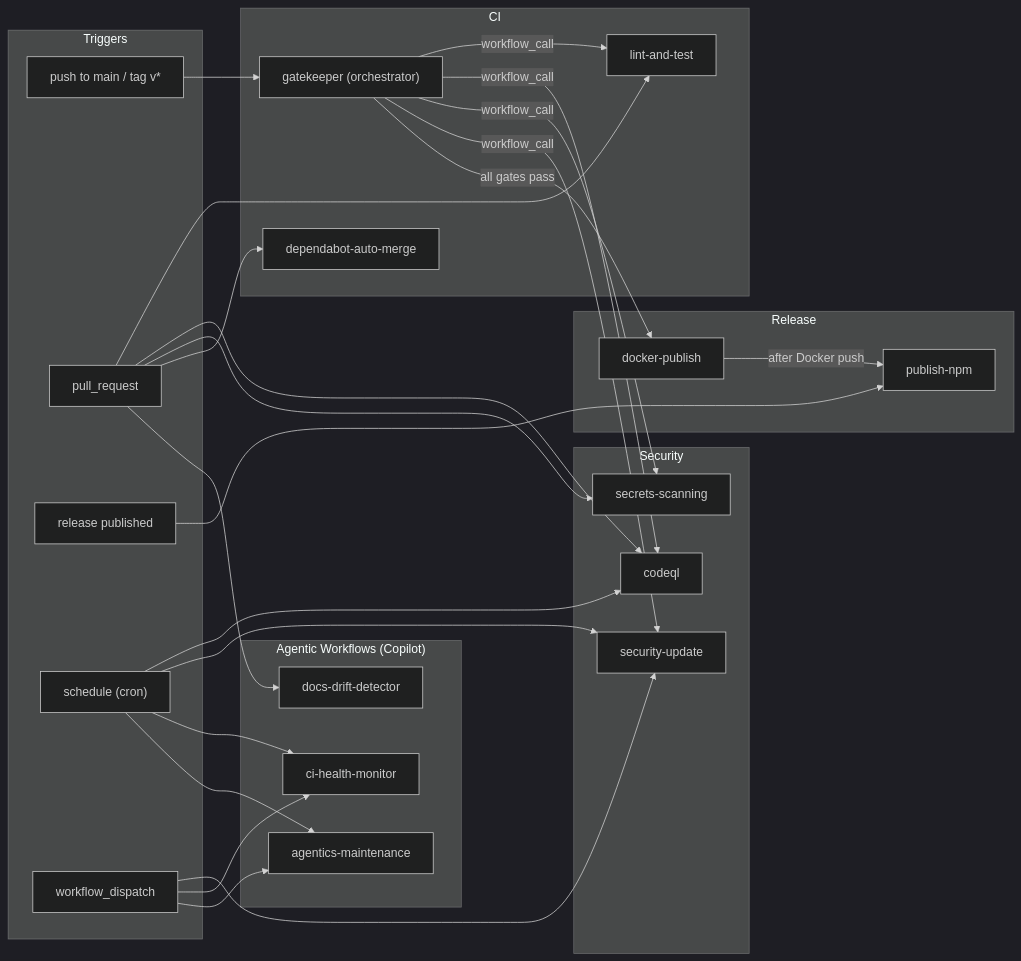
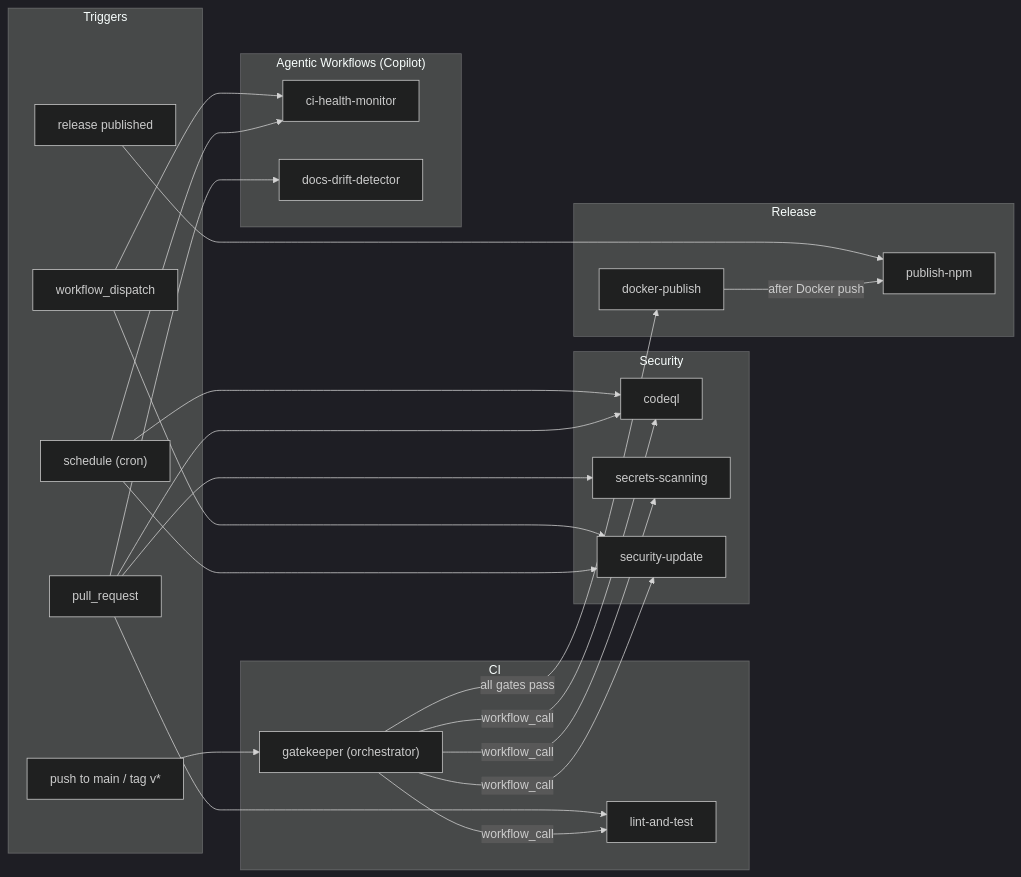
Before and after one commit to neverinfamous/memory-journal-mcp: the diagram in .github/workflows/README.md, drawn with Mermaid (dark theme). The commit also changed other lines of this file and 1475 other files, not shown here.

````diff
--- a/.github/workflows/README.md
+++ b/.github/workflows/README.md
@@ -7,58 +7,53 @@
 ```mermaid
 flowchart LR
     subgraph Triggers["Triggers"]
         Push["push to main / tag v*"]
         PR["pull_request"]
         Tag["release published"]
         Sched["schedule (cron)"]
         Manual["workflow_dispatch"]
     end
 
     subgraph CI["CI"]
         GK["gatekeeper (orchestrator)"]
         LT["lint-and-test"]
-        DAM["dependabot-auto-merge"]
     end
 
     subgraph Security["Security"]
         CQL["codeql"]
         SS["secrets-scanning"]
         SU["security-update"]
     end
 
     subgraph Release["Release"]
         NPM["publish-npm"]
         DP["docker-publish"]
     end
 
     subgraph Agentic["Agentic Workflows (Copilot)"]
         CHM["ci-health-monitor"]
         DDD["docs-drift-detector"]
-        AM["agentics-maintenance"]
     end
 
     Push --> GK
     GK -->|workflow_call| LT
     GK -->|workflow_call| CQL
     GK -->|workflow_call| SS
     GK -->|workflow_call| SU
     GK -->|all gates pass| DP
     DP -->|after Docker push| NPM
 
     PR --> LT
     PR --> CQL
     PR --> SS
-    PR --> DAM
     PR --> DDD
 
     Tag --> NPM
 
     Sched --> CQL
     Sched --> SU
     Sched --> CHM
-    Sched --> AM
 
     Manual --> SU
     Manual --> CHM
-    Manual --> AM
 ```
````
